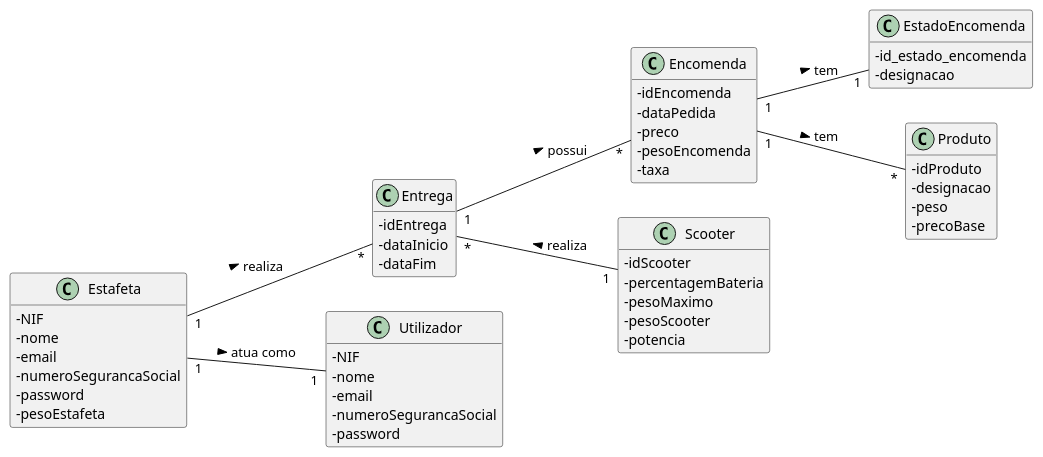
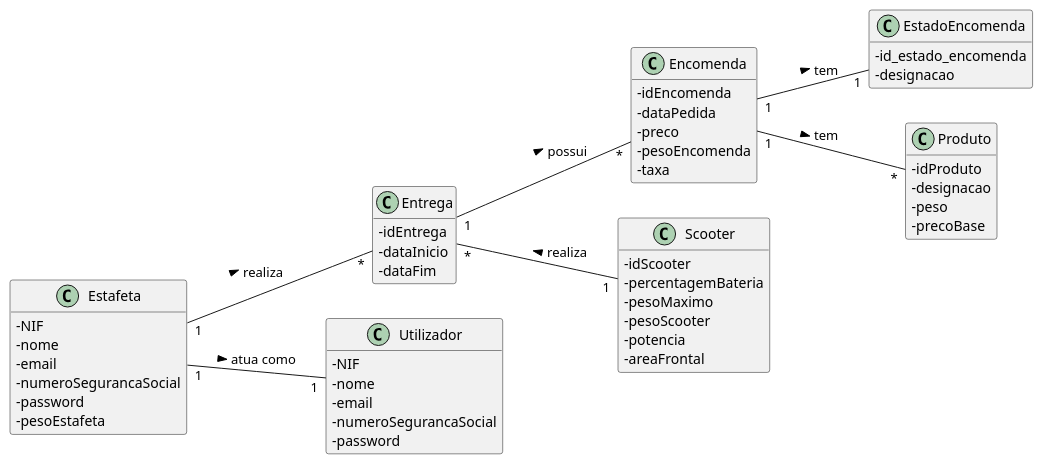
The diagram in docs/UC14/RegistoEntregaMD.puml (pedrolemos4/LAPR3), drawn with PlantUML before and after one commit. The commit also changed 7 other files, not shown here.

```diff
--- a/docs/UC14/RegistoEntregaMD.puml
+++ b/docs/UC14/RegistoEntregaMD.puml
@@ -1,64 +1,65 @@
 @startuml
 skinparam classAttributeIconSize 0
 hide methods
 left to right direction
 
 class Entrega {
   -idEntrega
   -dataInicio
   -dataFim
 }
 
 class Encomenda {
   -idEncomenda
   -dataPedida
   -preco
   -pesoEncomenda
   -taxa
 }
 
 class Estafeta {
   -NIF
   -nome
   -email
   -numeroSegurancaSocial
   -password
   -pesoEstafeta
 }
 
 class Scooter {
   -idScooter
   -percentagemBateria
   -pesoMaximo
   -pesoScooter
   -potencia
+  -areaFrontal
 }
 
 class Utilizador {
   -NIF
   -nome
   -email
   -numeroSegurancaSocial
   -password
 }
 
 class EstadoEncomenda {
   -id_estado_encomenda
   -designacao
 }
 
 class Produto {
   -idProduto
   -designacao
   -peso
   -precoBase
 }
 
 Estafeta "1" -- "1" Utilizador: atua como >
 Entrega "1" -- "*" Encomenda : possui >
 Estafeta "1" -- "*" Entrega: realiza >
 Entrega "*" -- "1" Scooter: realiza <
 Encomenda "1" -- "*" Produto: tem >
 Encomenda "1" -- "1" EstadoEncomenda : tem >
 
 @enduml
```
